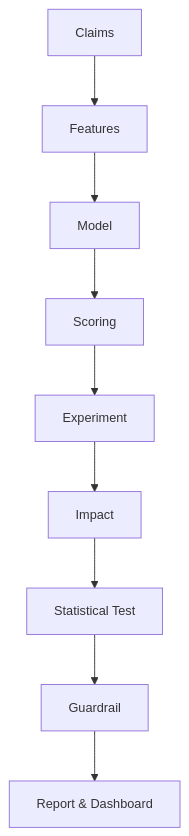
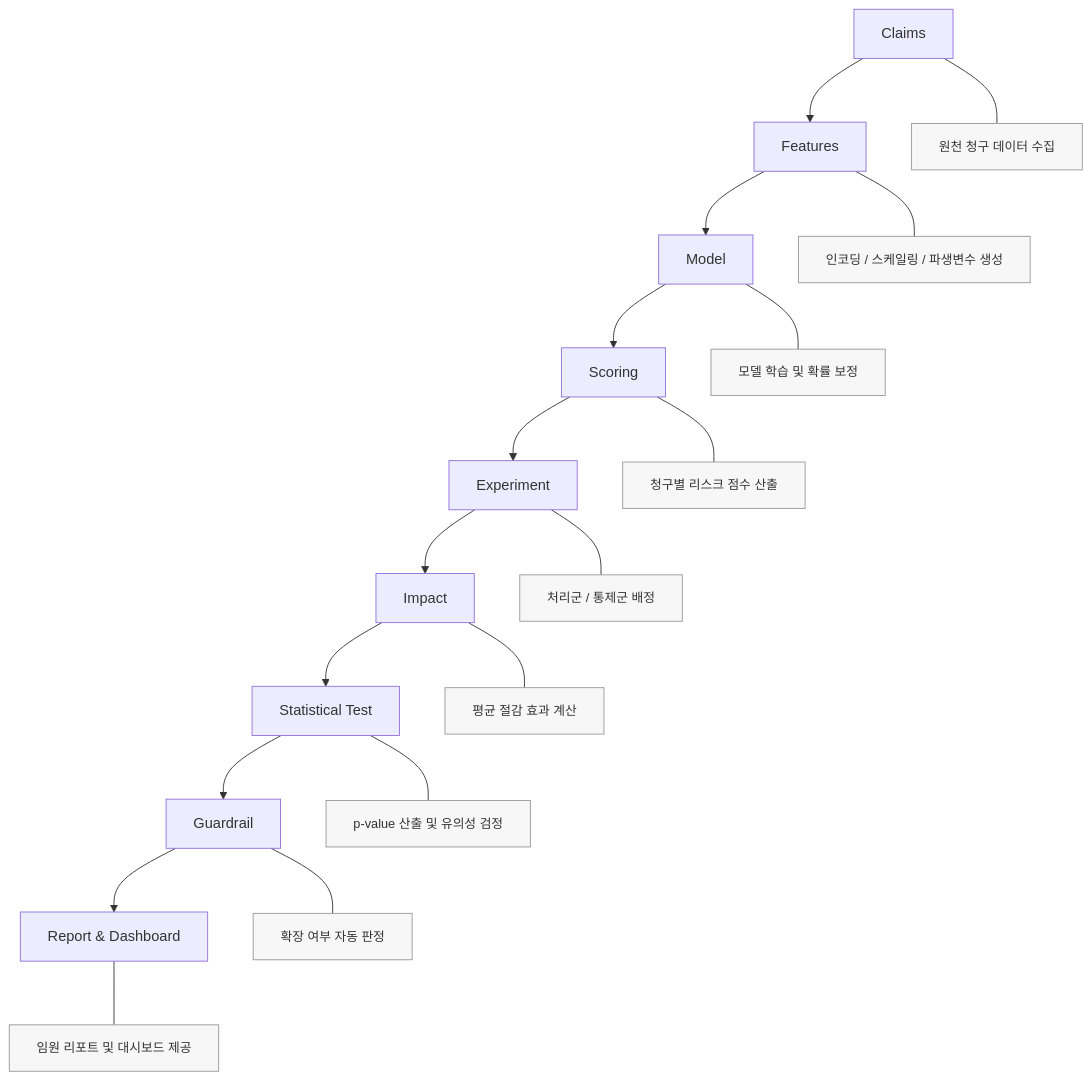
One commit to Obok-obok/awesome-fds changed the diagram in README.md. Above: the diagram before and after it, drawn with Mermaid. The commit also changed other lines of this file, not shown here.

Commit message:
Readme.me commit

````diff
--- a/README.md
+++ b/README.md
@@ -58,12 +58,26 @@
 ```mermaid
-%%{init: {'flowchart': {'nodeSpacing': 45, 'rankSpacing': 55}, 'themeVariables': {'fontSize': '14px'}}}%%
+%%{init: {'flowchart': {'nodeSpacing': 50, 'rankSpacing': 70}, 'themeVariables': {'fontSize': '16px'}}}%%
 flowchart TD
+
 A[Claims] --> B[Features]
 B --> C[Model]
 C --> D[Scoring]
 D --> E[Experiment]
 E --> F[Impact]
 F --> G[Statistical Test]
 G --> H[Guardrail]
 H --> I[Report & Dashboard]
+
+A --- A1[원천 청구 데이터 수집]
+B --- B1[인코딩 / 스케일링 / 파생변수 생성]
+C --- C1[모델 학습 및 확률 보정]
+D --- D1[청구별 리스크 점수 산출]
+E --- E1[처리군 / 통제군 배정]
+F --- F1[평균 절감 효과 계산]
+G --- G1[p-value 산출 및 유의성 검정]
+H --- H1[확장 여부 자동 판정]
+I --- I1[임원 리포트 및 대시보드 제공]
+
+classDef explain fill:#f7f7f7,stroke:#999,font-size:14px;
+class A1,B1,C1,D1,E1,F1,G1,H1,I1 explain;
 ```
````
